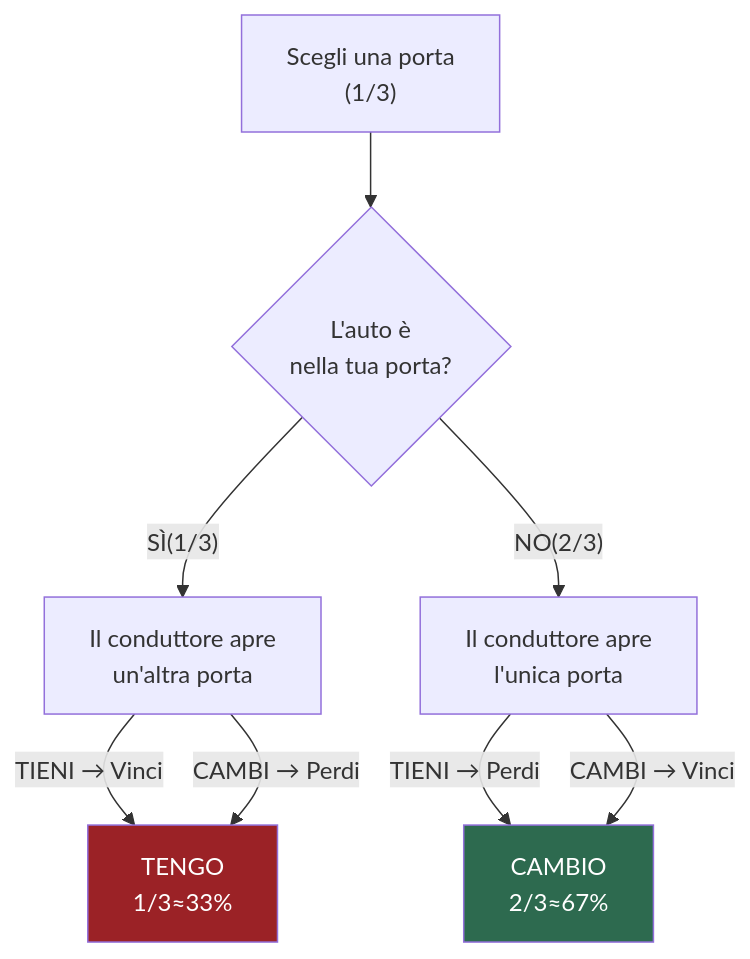
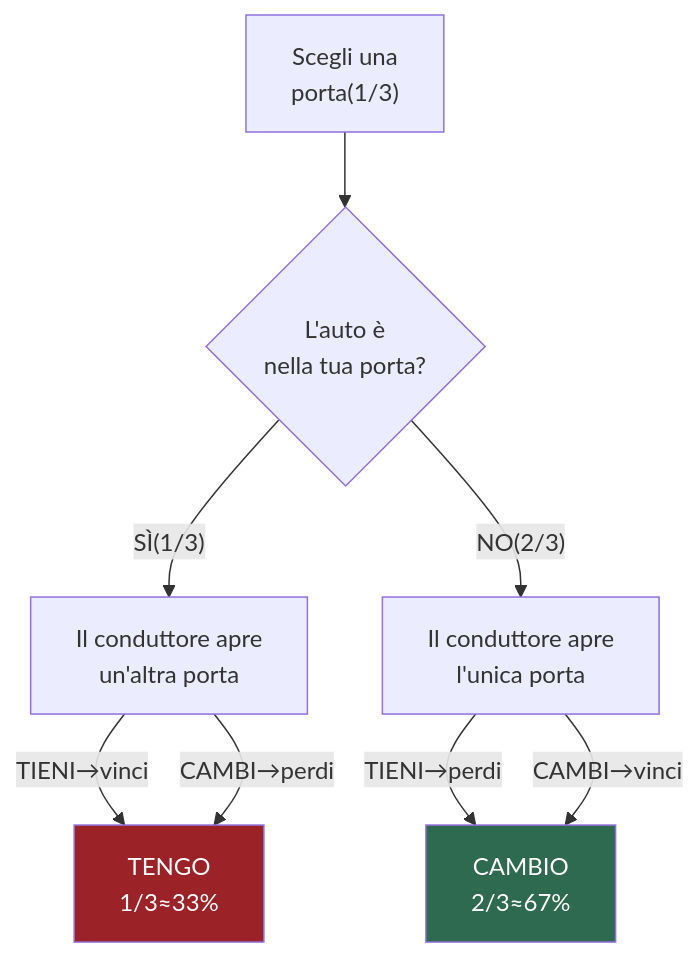
Before and after one commit to DiscoHDuBois/Dilemma-Monty-Hall: the diagram in README.md, drawn with Mermaid.

Commit message:
up README.md

````diff
--- a/README.md
+++ b/README.md
@@ -40,18 +40,18 @@
 ```mermaid
 flowchart TD
-    A["Scegli una porta<br>(1/3)"] --> B{"L'auto è<br>nella tua porta?"}
+    A["Scegli una<br>porta(1/3)"] --> B{"L'auto è<br>nella tua porta?"}
 
     B -- "SÌ(1/3)" --> C["Il conduttore apre<br>un'altra porta"]
     B -- "NO(2/3)" --> D["Il conduttore apre<br>l'unica porta"]
 
-    C -- "TIENI → Vinci" --> Z
-    C -- "CAMBI → Perdi" --> Z
-    D -- "TIENI → Perdi" --> W
-    D -- "CAMBI → Vinci" --> W
+    C -- "TIENI→vinci" --> Z
+    C -- "CAMBI→perdi" --> Z
+    D -- "TIENI→perdi" --> W
+    D -- "CAMBI→vinci" --> W
 
     Z["TENGO<br>1/3≈33%"]
     W["CAMBIO<br>2/3≈67%"]
 
     style W fill:#2d6a4f,color:#fff
     style Z fill:#9b2226,color:#fff
 ```
````
